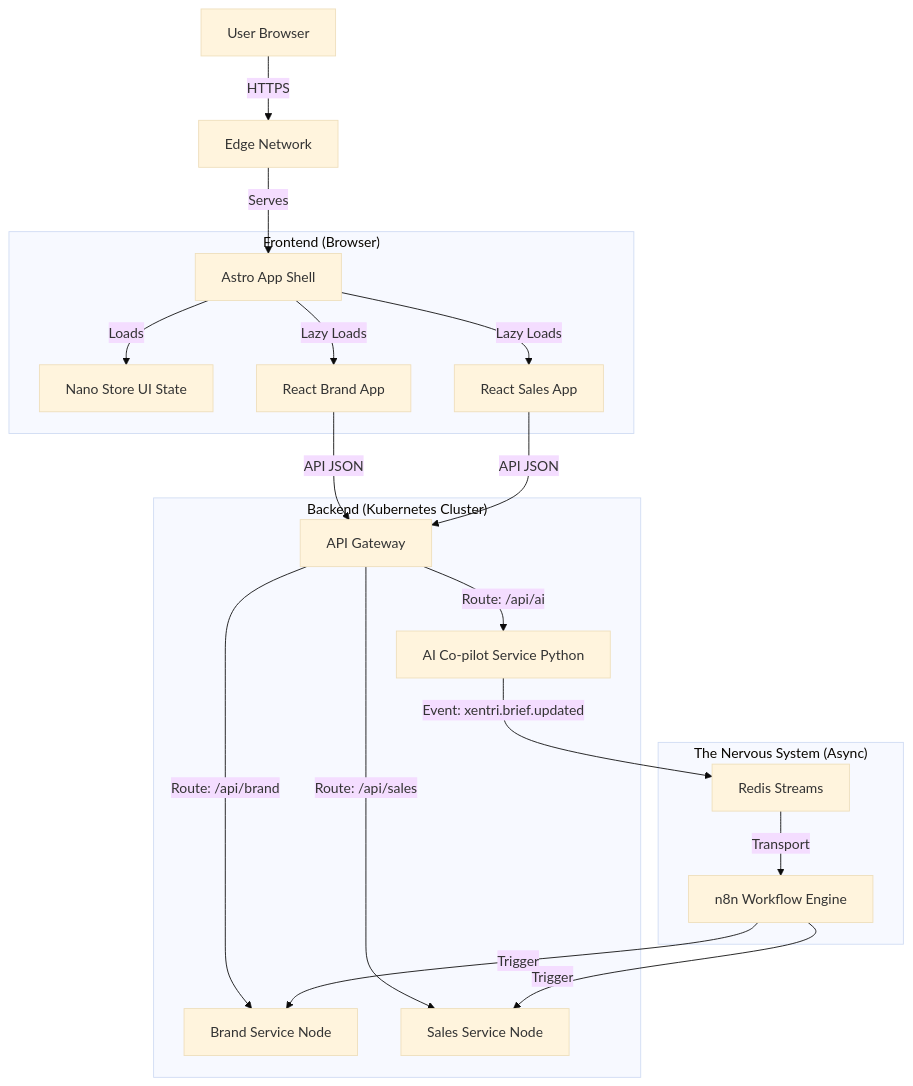
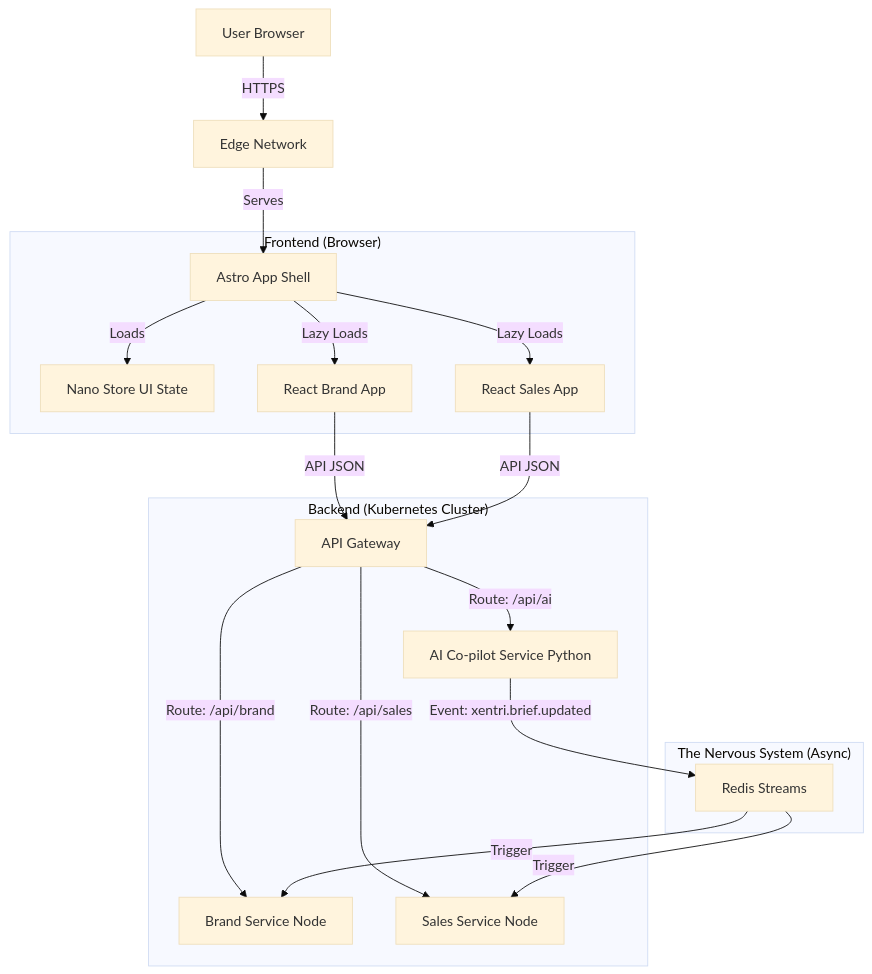
Before and after one commit to carlo-spada/xentri: the first of 6 diagrams in docs/platform/orchestration/architecture.md, drawn with Mermaid (base theme). The commit also changed other lines of this file and 4 other files, not shown here.

Commit message:
docs: Add UX design directions, theme architecture notes, and validation report.

````diff
--- a/docs/platform/orchestration/architecture.md
+++ b/docs/platform/orchestration/architecture.md
@@ -71,27 +69,26 @@
 ```mermaid
 graph TD
     User[User Browser] -->|HTTPS| CDN[Edge Network]
     CDN -->|Serves| Shell[Astro App Shell]
 
     subgraph "Frontend (Browser)"
         Shell -->|Loads| Sidebar[Nano Store UI State]
         Shell -->|Lazy Loads| Brand[React Brand App]
         Shell -->|Lazy Loads| Sales[React Sales App]
     end
 
     subgraph "Backend (Kubernetes Cluster)"
         Brand -->|API JSON| APIG[API Gateway]
         Sales -->|API JSON| APIG
         
         APIG -->|Route: /api/brand| Svc1[Brand Service Node]
         APIG -->|Route: /api/sales| Svc2[Sales Service Node]
         APIG -->|Route: /api/ai| Svc3[AI Co-pilot Service Python]
     end
 
     subgraph "The Nervous System (Async)"
         Svc3 -->|Event: xentri.brief.updated| Redis[Redis Streams]
-        Redis -->|Transport| N8N[n8n Workflow Engine]
-        N8N -->|Trigger| Svc1
-        N8N -->|Trigger| Svc2
+        Redis -->|Trigger| Svc1
+        Redis -->|Trigger| Svc2
     end
 ```
````
